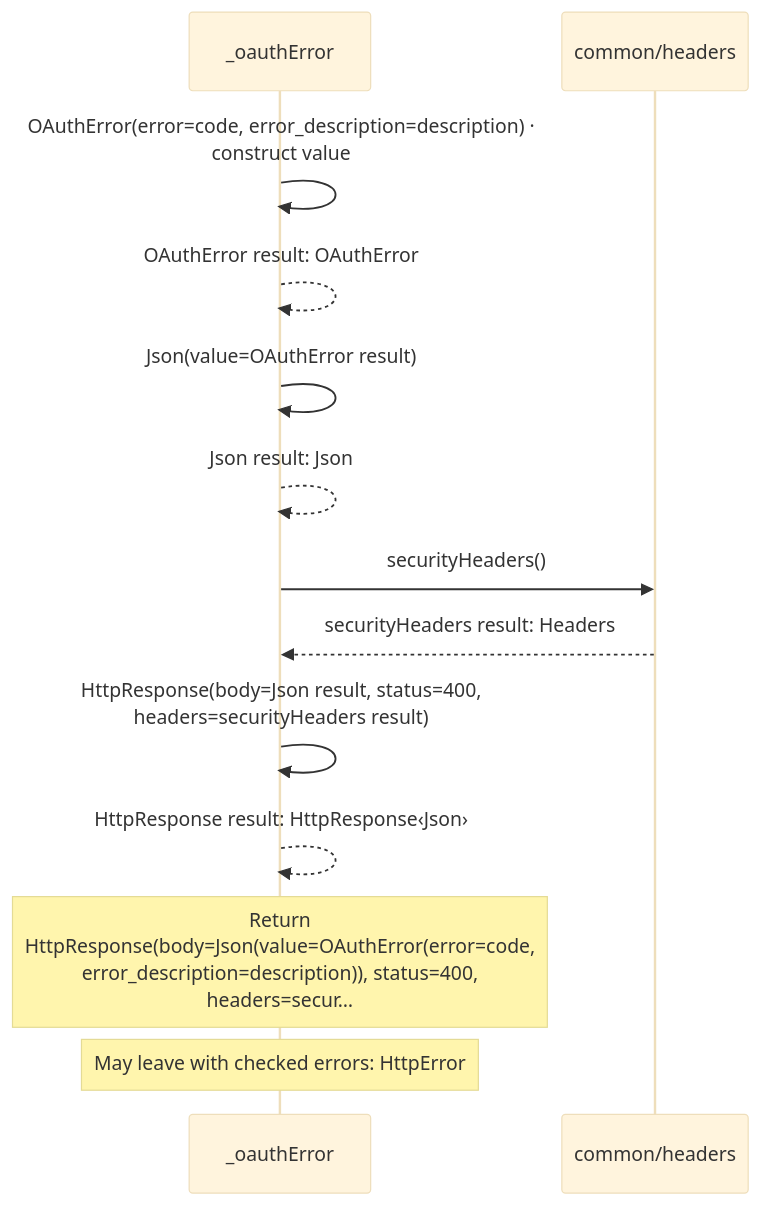
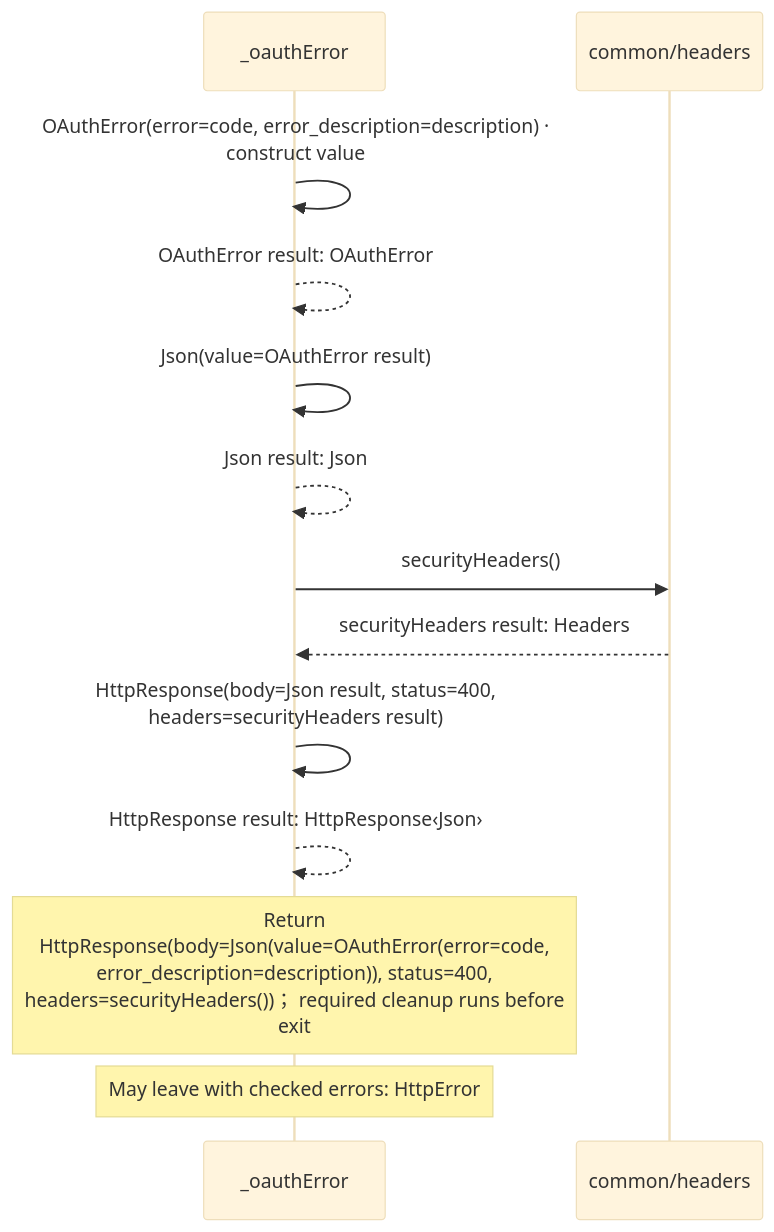
Before and after one commit to GreenPandaStudios/augscript: the third of 6 diagrams in docs/examples/oidc-login/provider/token-diagrams.md, drawn with Mermaid (base theme). The commit also changed other lines of this file and 658 other files, not shown here.

````diff
--- a/docs/examples/oidc-login/provider/token-diagrams.md
+++ b/docs/examples/oidc-login/provider/token-diagrams.md
@@ -62,15 +68,15 @@
 ```mermaid
 sequenceDiagram
     participant p0 as _oauthError
     participant p1 as common/headers
     p0->>p0: OAuthError(error=code, error_description=description) ·<br/>construct value
     p0-->>p0: OAuthError result: OAuthError
     p0->>p0: Json(value=OAuthError result)
     p0-->>p0: Json result: Json
     p0->>p1: securityHeaders()
     p1-->>p0: securityHeaders result: Headers
     p0->>p0: HttpResponse(body=Json result, status=400,<br/>headers=securityHeaders result)
     p0-->>p0: HttpResponse result: HttpResponse‹Json›
-    Note over p0: Return<br/>HttpResponse(body=Json(value=OAuthError(error=code,<br/>error_description=description)), status=400,<br/>headers=secur…
+    Note over p0: Return<br/>HttpResponse(body=Json(value=OAuthError(error=code,<br/>error_description=description)), status=400,<br/>headers=securityHeaders())； required cleanup runs before<br/>exit
     Note over p0: May leave with checked errors: HttpError
 ```
````
